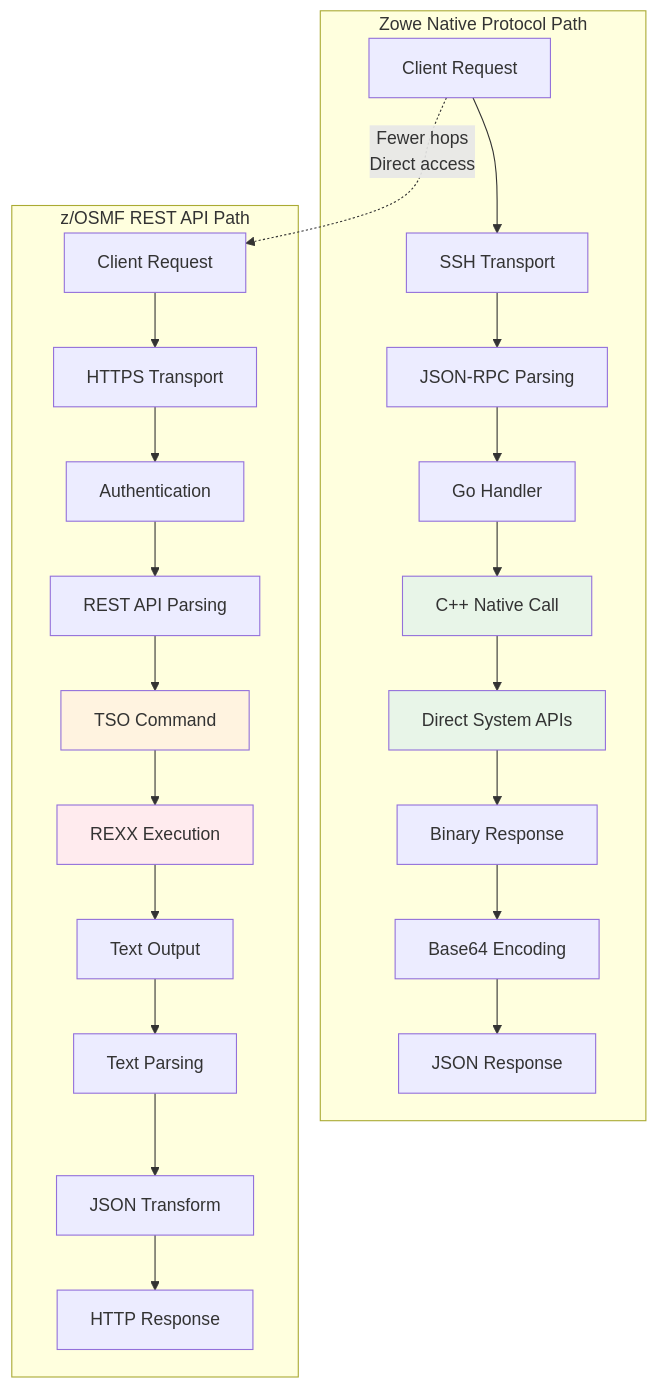
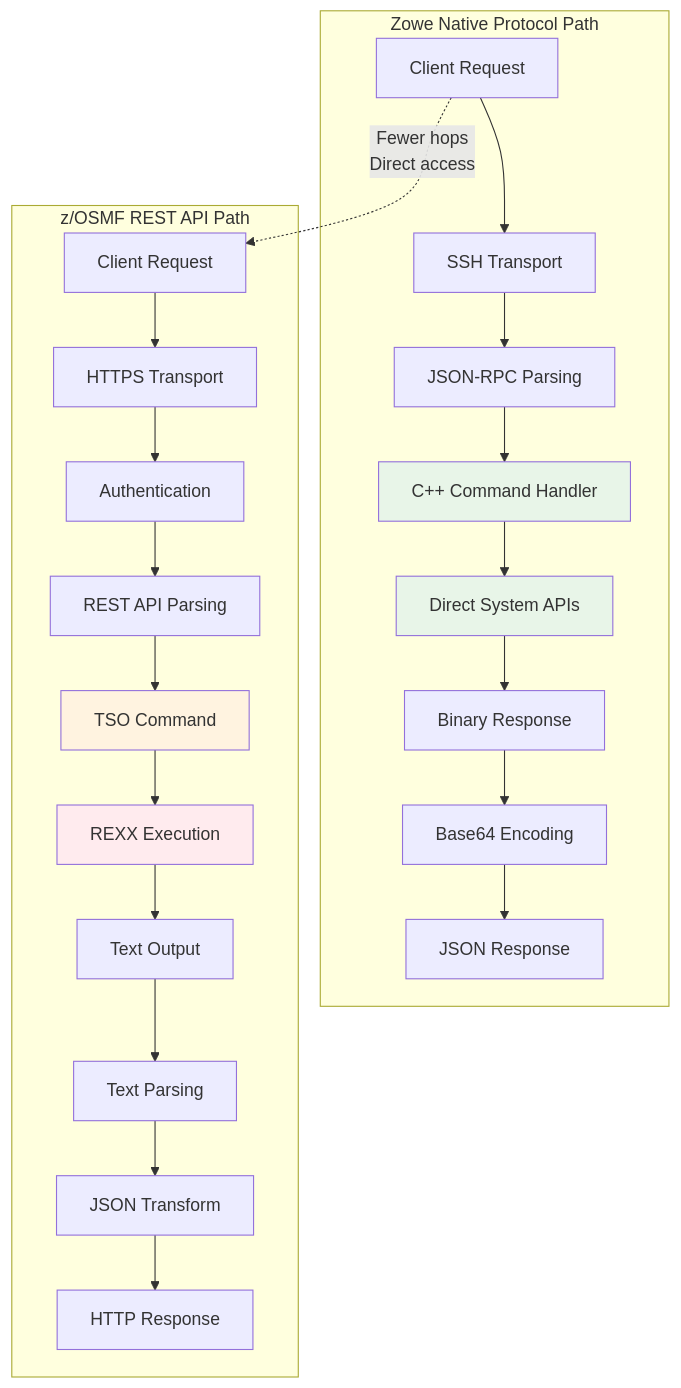
The ninth of 13 diagrams in doc/architecture-comparisons.md (zowe/zowe-native-proto), drawn with Mermaid before and after one commit. The commit also changed other lines of this file and 10 other files, not shown here.

````diff
--- a/doc/architecture-comparisons.md
+++ b/doc/architecture-comparisons.md
@@ -310,32 +310,31 @@
 ```mermaid
 flowchart TD
     subgraph "Zowe Native Protocol Path"
         ZNP_START["Client Request"] --> ZNP_SSH["SSH Transport"]
         ZNP_SSH --> ZNP_JSON["JSON-RPC Parsing"]
-        ZNP_JSON --> ZNP_GO["Go Handler"]
-        ZNP_GO --> ZNP_CPP["C++ Native Call"]
+        ZNP_JSON --> ZNP_CPP["C++ Command Handler"]
         ZNP_CPP --> ZNP_SYSTEM["Direct System APIs"]
         ZNP_SYSTEM --> ZNP_RESPONSE["Binary Response"]
         ZNP_RESPONSE --> ZNP_ENCODE["Base64 Encoding"]
         ZNP_ENCODE --> ZNP_RETURN["JSON Response"]
     end
 
     subgraph "z/OSMF REST API Path"
         ZOSMF_START["Client Request"] --> ZOSMF_HTTP["HTTPS Transport"]
         ZOSMF_HTTP --> ZOSMF_AUTH["Authentication"]
         ZOSMF_AUTH --> ZOSMF_PARSE["REST API Parsing"]
         ZOSMF_PARSE --> ZOSMF_TSO["TSO Command"]
         ZOSMF_TSO --> ZOSMF_REXX["REXX Execution"]
         ZOSMF_REXX --> ZOSMF_TEXT["Text Output"]
         ZOSMF_TEXT --> ZOSMF_TRANSFORM["Text Parsing"]
         ZOSMF_TRANSFORM --> ZOSMF_JSON["JSON Transform"]
         ZOSMF_JSON --> ZOSMF_RETURN["HTTP Response"]
     end
 
     ZNP_START -.->|"Fewer hops<br/>Direct access"| ZOSMF_START
 
     style ZNP_CPP fill:#e8f5e8
     style ZNP_SYSTEM fill:#e8f5e8
     style ZOSMF_TSO fill:#fff3e0
     style ZOSMF_REXX fill:#ffebee
 ```
````
